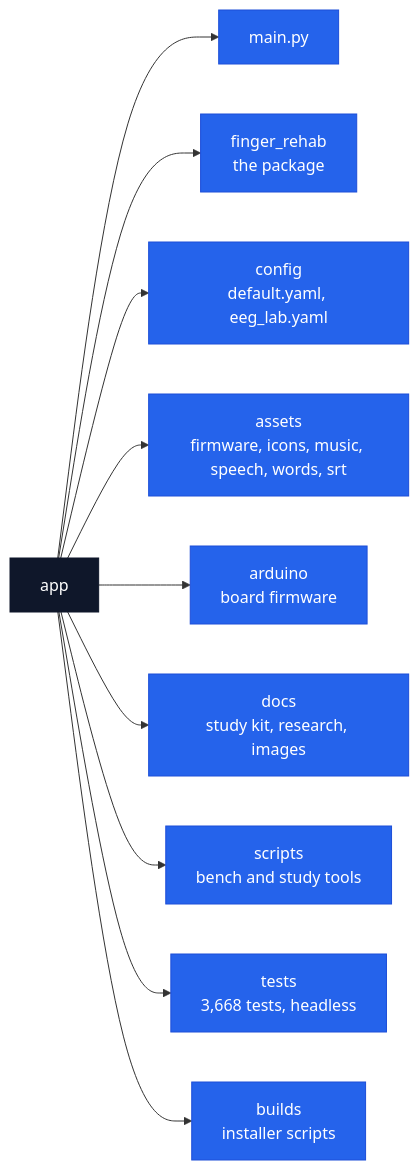
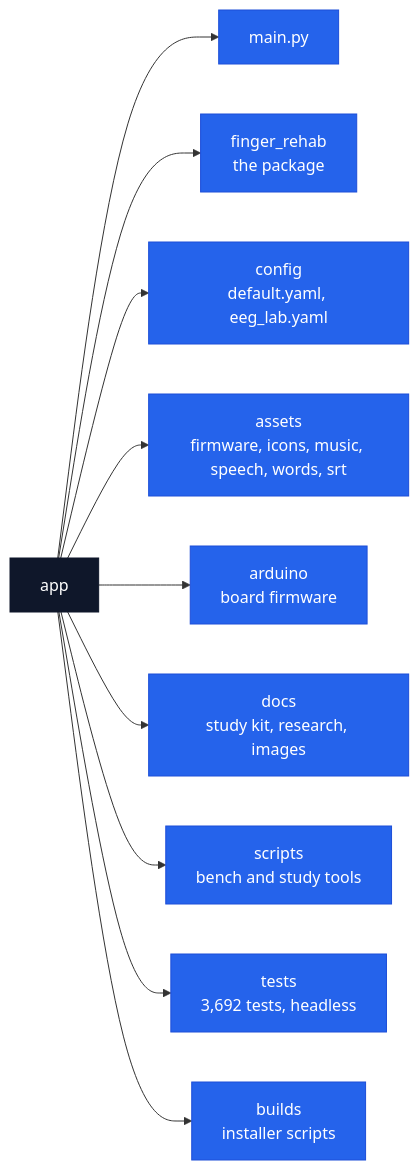
One commit to basil2fxs/Hand-Rehab-Thesis changed the diagram in app/README.md. Above: the diagram before and after it, drawn with Mermaid. The commit also changed 37 other files, not shown here.

````diff
--- a/app/README.md
+++ b/app/README.md
@@ -5,15 +5,15 @@
 ```mermaid
 flowchart LR
   A["app"]:::root
   A --> M["main.py"]:::top
   A --> F["finger_rehab<br>the package"]:::top
   A --> C["config<br>default.yaml, eeg_lab.yaml"]:::top
   A --> S["assets<br>firmware, icons, music, speech, words, srt"]:::top
   A --> R["arduino<br>board firmware"]:::top
   A --> D["docs<br>study kit, research, images"]:::top
   A --> P["scripts<br>bench and study tools"]:::top
-  A --> T["tests<br>3,668 tests, headless"]:::top
+  A --> T["tests<br>3,692 tests, headless"]:::top
   A --> B["builds<br>installer scripts"]:::top
   classDef root fill:#0f172a,color:#fff,stroke:#0f172a
   classDef top fill:#2563eb,color:#fff,stroke:#1d4ed8
 ```
````
